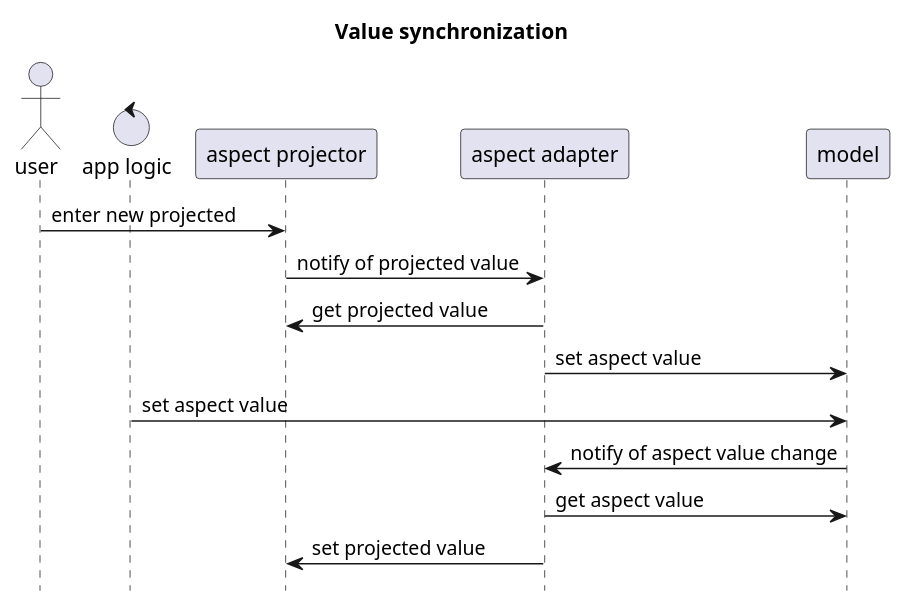
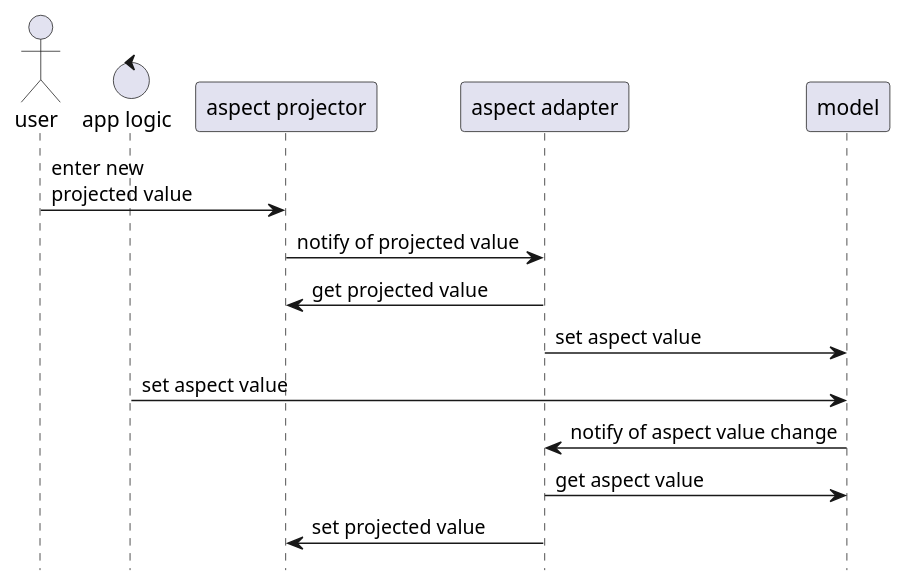
The third of 8 diagrams in gh-pages/src/main/asciidoc/index.adoc (goranstack/esox), drawn with PlantUML before and after one commit. The commit also changed other lines of this file and 3 other files, not shown here.

```diff
--- a/gh-pages/src/main/asciidoc/index.adoc
+++ b/gh-pages/src/main/asciidoc/index.adoc
@@ -91,20 +95,19 @@
 [plantuml, value-synchronization, svg]
 ....
 @startuml
 
 hide footbox
-title Value synchronization
 
 actor user
 control "app logic"
 
-user -> "aspect projector" : enter new projected
+user -> "aspect projector" : enter new\nprojected value
 "aspect projector" -> "aspect adapter" : notify of projected value
 "aspect adapter" -> "aspect projector" : get projected value
 "aspect adapter" -> model : set aspect value
 "app logic" -> model : set aspect value
 model -> "aspect adapter" : notify of aspect value change
 "aspect adapter" -> model : get aspect value
 "aspect adapter" -> "aspect projector" : set projected value
 @enduml
 ....
```
